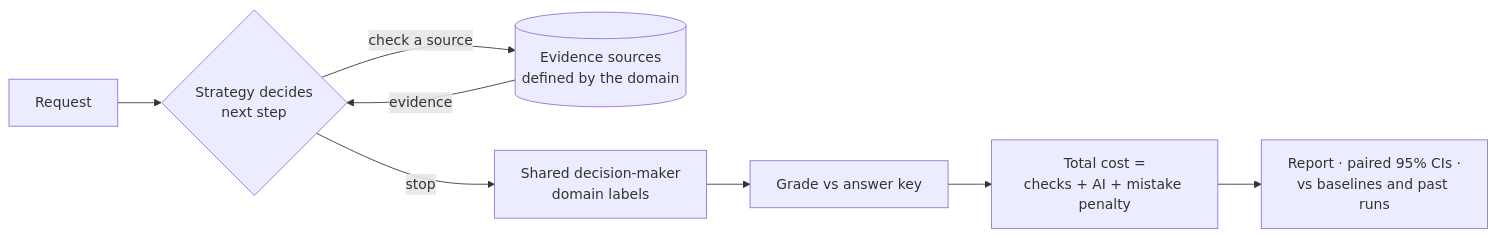
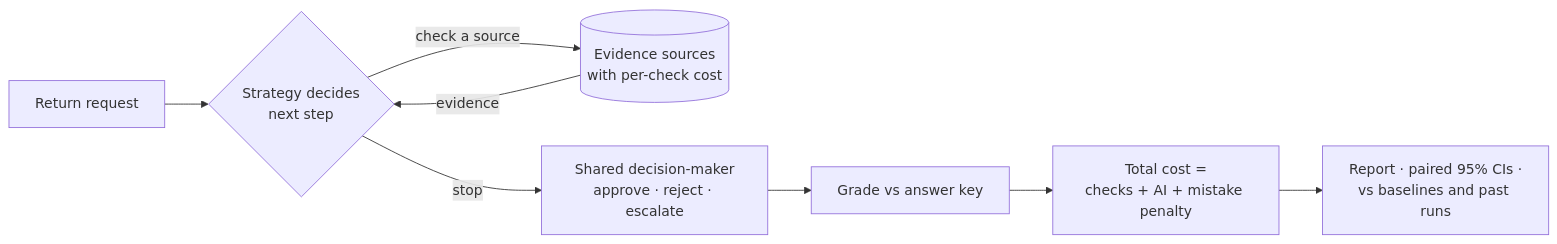
One commit to Shalihotri/Yantraa changed the diagram in README.md. Above: the diagram before and after it, drawn with Mermaid. The commit also changed other lines of this file, not shown here.

````diff
--- a/README.md
+++ b/README.md
@@ -45,10 +90,10 @@
 ```mermaid
 flowchart LR
-    A[Request] --> B{Strategy decides<br/>next step}
-    B -- check a source --> C[(Evidence sources<br/>defined by the domain)]
+    A[Return request] --> B{Strategy decides<br/>next step}
+    B -- check a source --> C[(Evidence sources<br/>with per-check cost)]
     C -- evidence --> B
-    B -- stop --> D[Shared decision-maker<br/>domain labels]
+    B -- stop --> D[Shared decision-maker<br/>approve · reject · escalate]
     D --> E[Grade vs answer key]
     E --> F[Total cost =<br/>checks + AI + mistake penalty]
     F --> G[Report · paired 95% CIs ·<br/>vs baselines and past runs]
 ```
````
